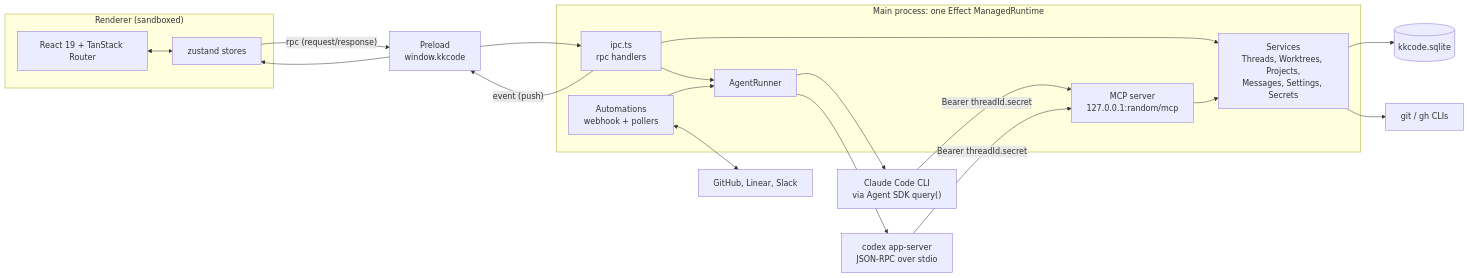
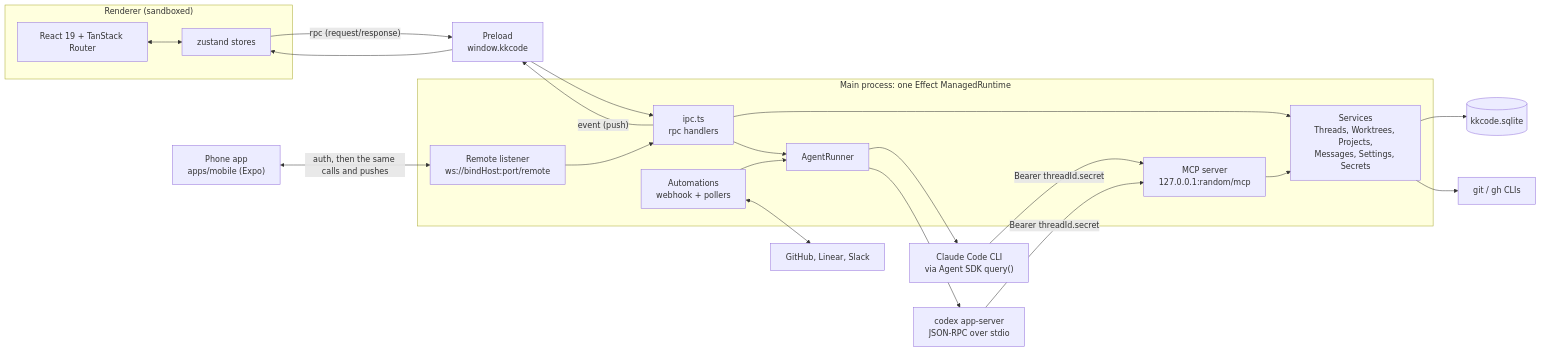
The first of 15 diagrams in docs/arch.md (hinadev-ai/hinacode), drawn with Mermaid before and after one commit. The commit also changed other lines of this file and 5 other files, not shown here.

````diff
--- a/docs/arch.md
+++ b/docs/arch.md
@@ -7,32 +7,35 @@
 ```mermaid
 flowchart LR
   subgraph renderer["Renderer (sandboxed)"]
     ui["React 19 + TanStack Router"]
     stores["zustand stores"]
   end
   preload["Preload<br/>window.kkcode"]
   subgraph main["Main process: one Effect ManagedRuntime"]
     ipc["ipc.ts<br/>rpc handlers"]
     services["Services<br/>Threads, Worktrees, Projects,<br/>Messages, Settings, Secrets"]
     runner["AgentRunner"]
     mcp["MCP server<br/>127.0.0.1:random/mcp"]
     autos["Automations<br/>webhook + pollers"]
+    remote["Remote listener<br/>ws://bindHost:port/remote"]
   end
+  phone["Phone app<br/>apps/mobile (Expo)"]
   db[("kkcode.sqlite")]
   claude["Claude Code CLI<br/>via Agent SDK query()"]
   codex["codex app-server<br/>JSON-RPC over stdio"]
   git["git / gh CLIs"]
   ext["GitHub, Linear, Slack"]
 
   ui <--> stores
   stores -- "rpc (request/response)" --> preload --> ipc
   ipc -- "event (push)" --> preload --> stores
+  phone -- "auth, then the same calls and pushes" <--> remote --> ipc
   ipc --> services & runner
   runner --> claude & codex
   claude & codex -- "Bearer threadId.secret" --> mcp
   mcp --> services
   services --> db
   services --> git
   autos --> runner
   autos <--> ext
 ```
````
